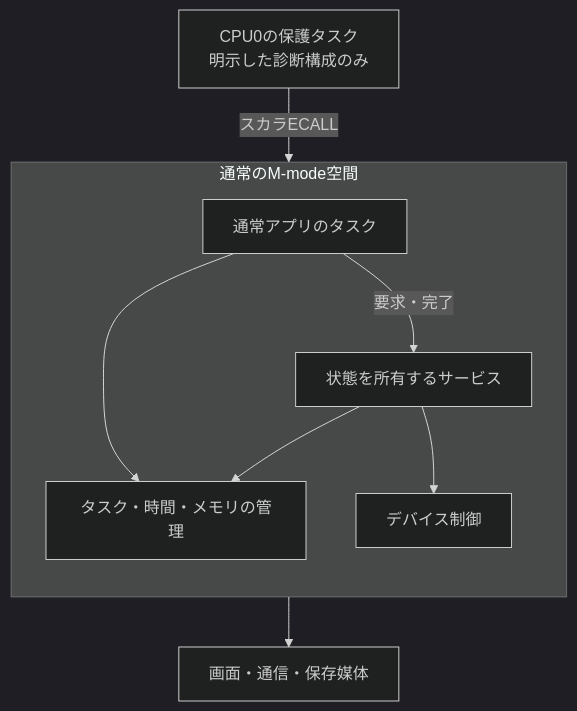
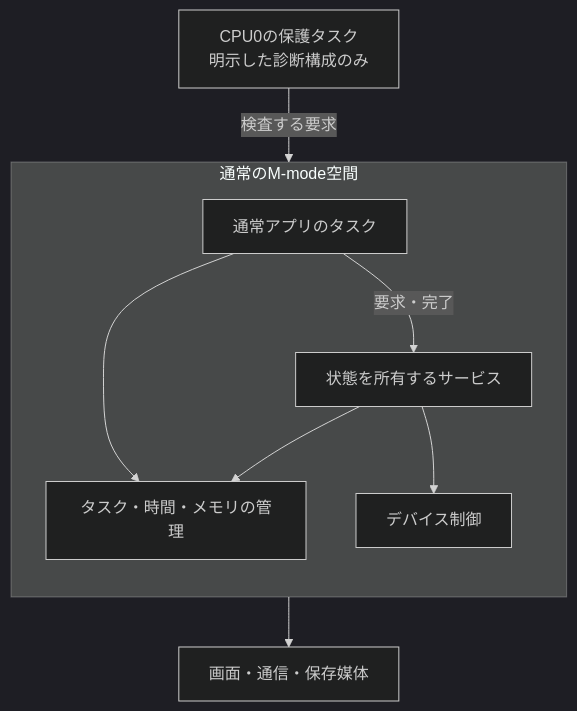
The diagram in docs/book/figures/os-responsibilities.mmd (masanork/nihos), drawn with Mermaid (dark theme) before and after one commit. The commit also changed 8 other files, not shown here.

Commit message:
Clarify introductory permissions and improve the return diagram

```diff
--- a/docs/book/figures/os-responsibilities.mmd
+++ b/docs/book/figures/os-responsibilities.mmd
@@ -1,12 +1,12 @@
 flowchart TB
     accTitle: 通常の役割分担と、追加したCPU0の保護境界
-    accDescr: 通常のアプリとサービスは同じM-mode空間に残る。別枠のCPU0診断タスクだけをU-modeとPMPで制限し、スカラECALLでカーネルへ入る。既存サービスへの直接接続を示す図ではない。
-    U["CPU0の保護タスク\n明示した診断構成のみ"] -->|"スカラECALL"| K
+    accDescr: 通常のアプリとサービスは同じM-mode空間に残る。別枠のCPU0診断タスクからは検査する要求を介してカーネルへ入る。既存サービスへの直接接続を示す図ではない。
+    U["CPU0の保護タスク\n明示した診断構成のみ"] -->|"検査する要求"| K
     subgraph same["通常のM-mode空間"]
       direction TB
       A["通常アプリのタスク"] -->|"要求・完了"| S["状態を所有するサービス"]
       A --> K["タスク・時間・メモリの管理"]
       S --> K
       S --> D["デバイス制御"]
     end
     D --> H["画面・通信・保存媒体"]
```
